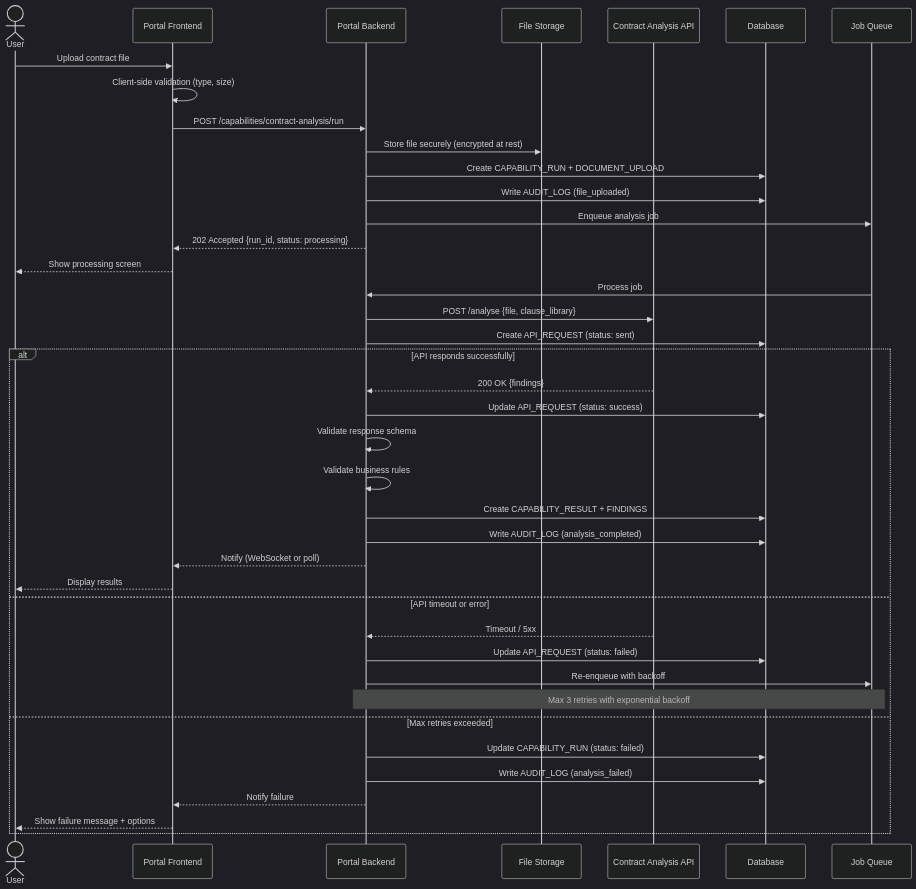
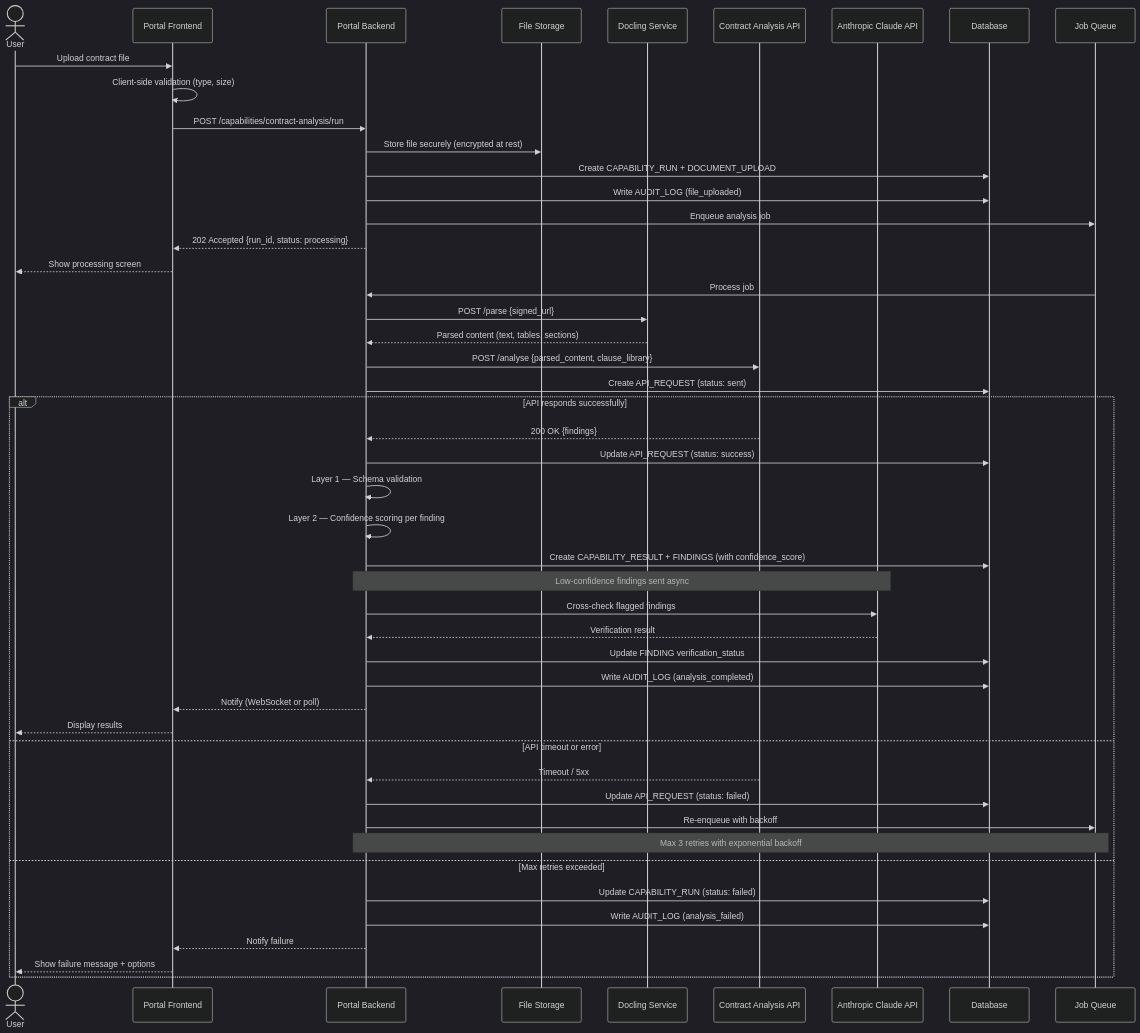
The fourth of 4 diagrams in docs/contract-clause-analysis-capability-design.md (garethdaine/capability), drawn with Mermaid (dark theme) before and after one commit. The commit also changed other lines of this file and 3 other files, not shown here.

````diff
--- a/docs/contract-clause-analysis-capability-design.md
+++ b/docs/contract-clause-analysis-capability-design.md
@@ -351,45 +357,53 @@
 ```mermaid
 sequenceDiagram
     actor User
     participant Portal as Portal Frontend
     participant API as Portal Backend
     participant Store as File Storage
+    participant Docling as Docling Service
     participant ExtAPI as Contract Analysis API
+    participant Claude as Anthropic Claude API
     participant DB as Database
     participant Queue as Job Queue
 
     User->>Portal: Upload contract file
     Portal->>Portal: Client-side validation (type, size)
     Portal->>API: POST /capabilities/contract-analysis/run
     API->>Store: Store file securely (encrypted at rest)
     API->>DB: Create CAPABILITY_RUN + DOCUMENT_UPLOAD
     API->>DB: Write AUDIT_LOG (file_uploaded)
     API->>Queue: Enqueue analysis job
     API-->>Portal: 202 Accepted {run_id, status: processing}
     Portal-->>User: Show processing screen
 
     Queue->>API: Process job
-    API->>ExtAPI: POST /analyse {file, clause_library}
+    API->>Docling: POST /parse {signed_url}
+    Docling-->>API: Parsed content (text, tables, sections)
+    API->>ExtAPI: POST /analyse {parsed_content, clause_library}
     API->>DB: Create API_REQUEST (status: sent)
 
     alt API responds successfully
         ExtAPI-->>API: 200 OK {findings}
         API->>DB: Update API_REQUEST (status: success)
-        API->>API: Validate response schema
-        API->>API: Validate business rules
-        API->>DB: Create CAPABILITY_RESULT + FINDINGS
+        API->>API: Layer 1 — Schema validation
+        API->>API: Layer 2 — Confidence scoring per finding
+        API->>DB: Create CAPABILITY_RESULT + FINDINGS (with confidence_score)
+        Note over API,Claude: Low-confidence findings sent async
+        API->>Claude: Cross-check flagged findings
+        Claude-->>API: Verification result
+        API->>DB: Update FINDING verification_status
         API->>DB: Write AUDIT_LOG (analysis_completed)
         API-->>Portal: Notify (WebSocket or poll)
         Portal-->>User: Display results
     else API timeout or error
         ExtAPI-->>API: Timeout / 5xx
         API->>DB: Update API_REQUEST (status: failed)
         API->>Queue: Re-enqueue with backoff
         Note over Queue,API: Max 3 retries with exponential backoff
     else Max retries exceeded
         API->>DB: Update CAPABILITY_RUN (status: failed)
         API->>DB: Write AUDIT_LOG (analysis_failed)
         API-->>Portal: Notify failure
         Portal-->>User: Show failure message + options
     end
 ```
````
